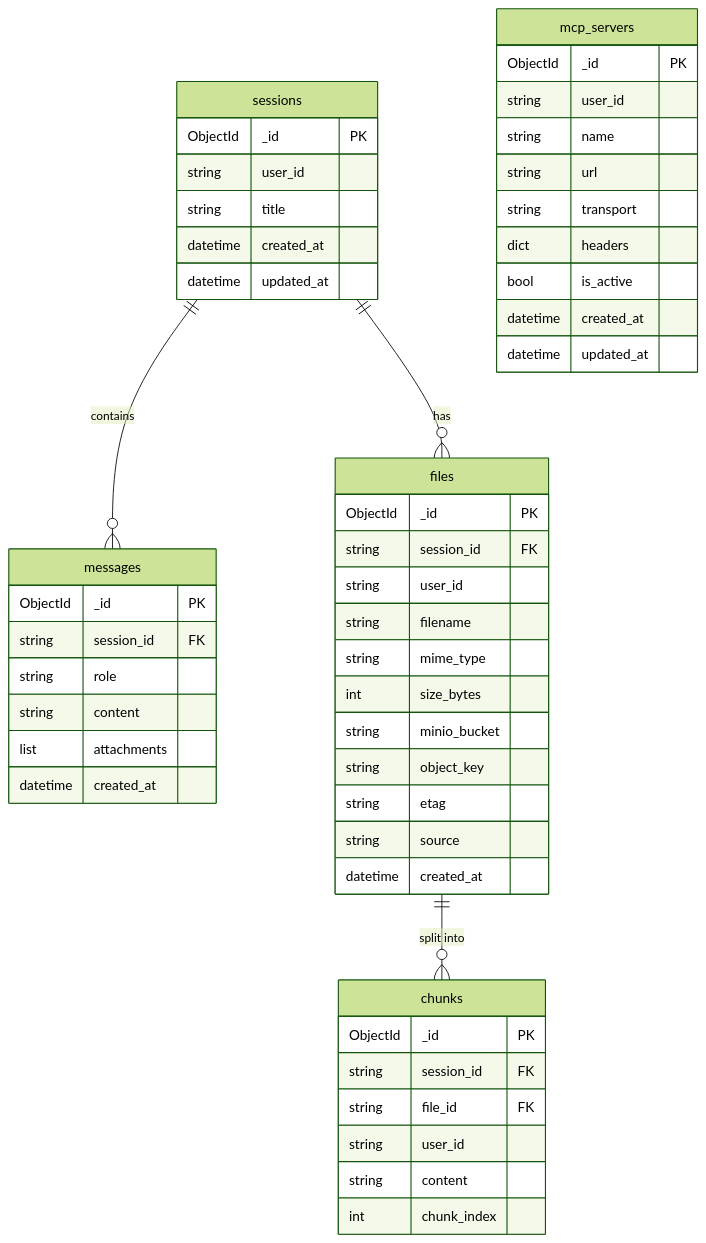
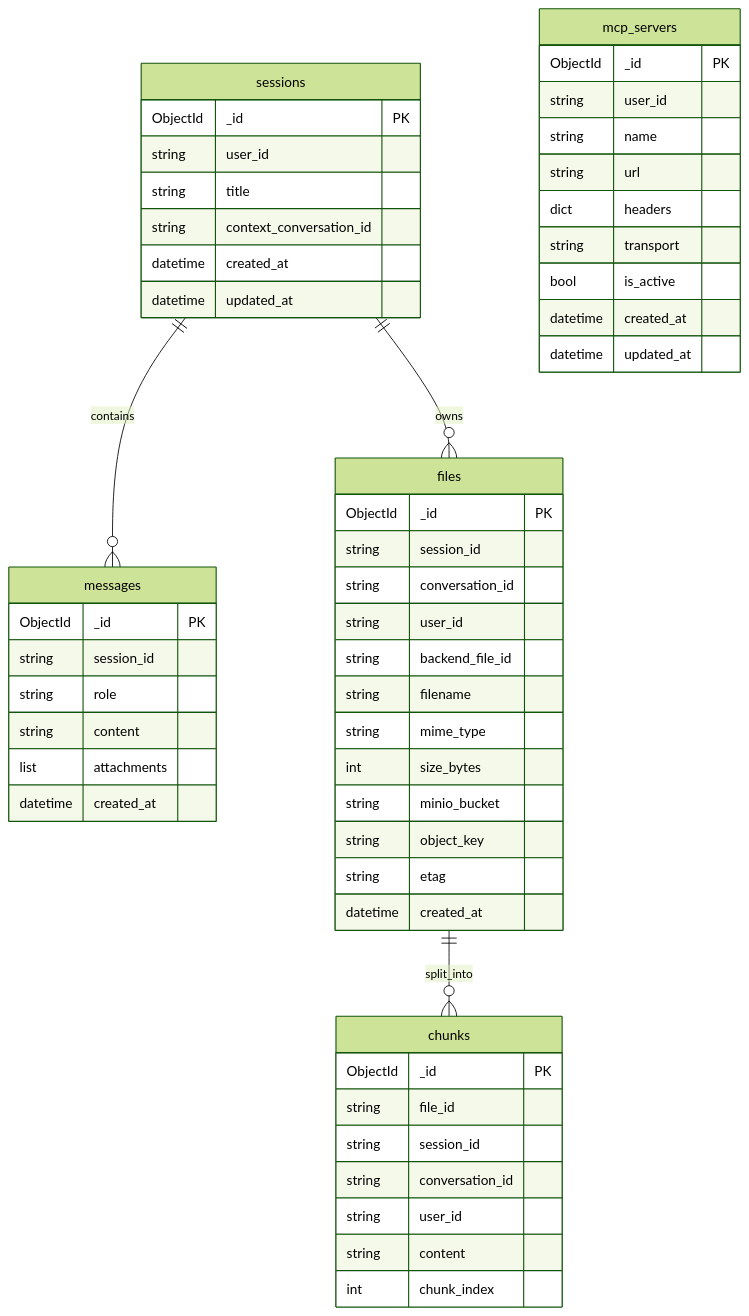
The tenth of 12 diagrams in chatly-agent/ARCHITECTURE.md (giasinguyen/chatly-messaging-platform), drawn with Mermaid (forest theme) before and after one commit. The commit also changed other lines of this file and 2 other files, not shown here.

First line of the commit message:
refactor: update README.md to reflect new Chatly Agent features and architecture

````diff
--- a/chatly-agent/ARCHITECTURE.md
+++ b/chatly-agent/ARCHITECTURE.md
@@ -328,58 +389,61 @@
 ```mermaid
 erDiagram
     sessions {
         ObjectId _id PK
         string user_id
         string title
+        string context_conversation_id
         datetime created_at
         datetime updated_at
     }
 
     messages {
         ObjectId _id PK
-        string session_id FK
+        string session_id
         string role
         string content
         list attachments
         datetime created_at
     }
 
     files {
         ObjectId _id PK
-        string session_id FK
+        string session_id
+        string conversation_id
         string user_id
+        string backend_file_id
         string filename
         string mime_type
         int size_bytes
         string minio_bucket
         string object_key
         string etag
-        string source
         datetime created_at
     }
 
     chunks {
         ObjectId _id PK
-        string session_id FK
-        string file_id FK
+        string file_id
+        string session_id
+        string conversation_id
         string user_id
         string content
         int chunk_index
     }
 
     mcp_servers {
         ObjectId _id PK
         string user_id
         string name
         string url
+        dict headers
         string transport
-        dict headers
         bool is_active
         datetime created_at
         datetime updated_at
     }
 
-    sessions ||--o{ messages : "contains"
-    sessions ||--o{ files : "has"
-    files ||--o{ chunks : "split into"
+    sessions ||--o{ messages : contains
+    sessions ||--o{ files : owns
+    files ||--o{ chunks : split_into
 ```
````
